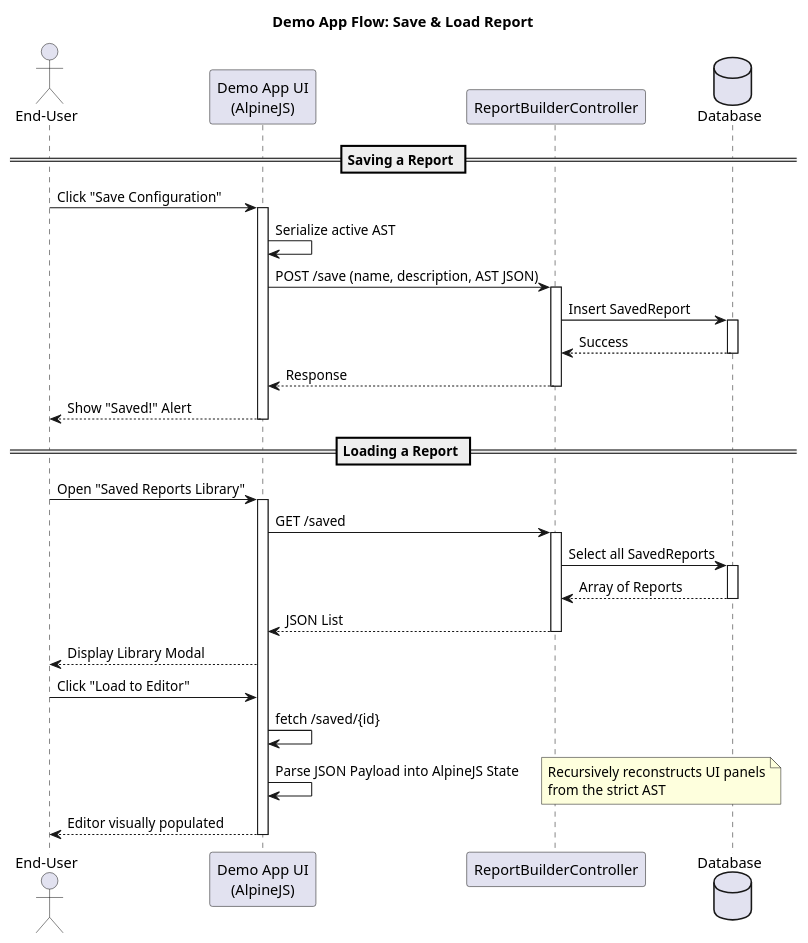
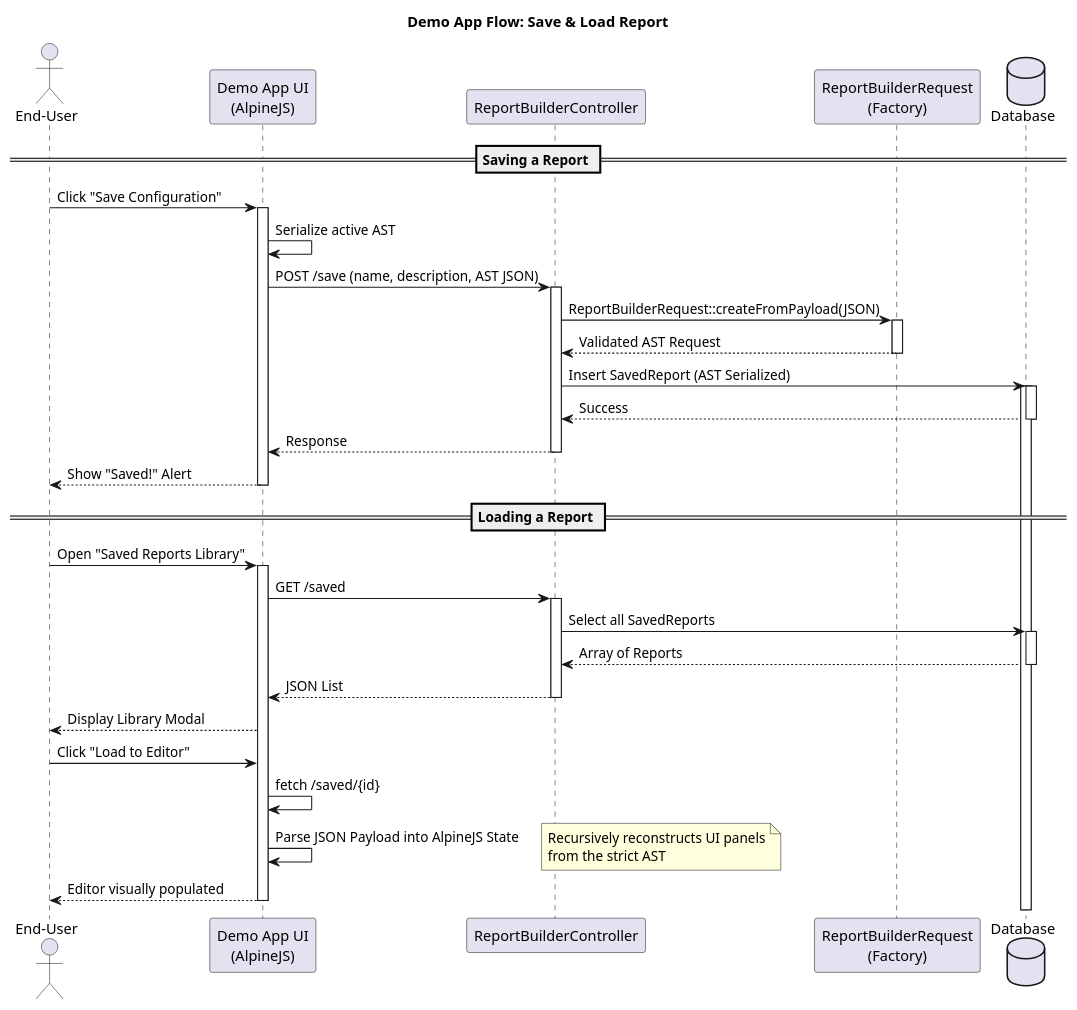
Before and after one commit to nisalatp/iStore: the diagram in demo-doc/diagrams/03_save_and_load_report_flow.puml, drawn with PlantUML. The commit also changed 29 other files, not shown here.

Commit message:
feat(docs): update architecture documentation, AST reference, and cross-framework examples

```diff
--- a/demo-doc/diagrams/03_save_and_load_report_flow.puml
+++ b/demo-doc/diagrams/03_save_and_load_report_flow.puml
@@ -1,44 +1,52 @@
 @startuml Save and Load Report Flow
 title Demo App Flow: Save & Load Report
 
 actor "End-User" as User
 participant "Demo App UI\n(AlpineJS)" as UI
 participant "ReportBuilderController" as Controller
+participant "ReportBuilderRequest\n(Factory)" as Factory
 database "Database" as DB
 
 == Saving a Report ==
 User -> UI : Click "Save Configuration"
 activate UI
 UI -> UI : Serialize active AST
 UI -> Controller : POST /save (name, description, AST JSON)
 activate Controller
-Controller -> DB : Insert SavedReport
+
+Controller -> Factory : ReportBuilderRequest::createFromPayload(JSON)
+activate Factory
+Factory --> Controller : Validated AST Request
+deactivate Factory
+
+Controller -> DB : Insert SavedReport (AST Serialized)
+activate DB
 activate DB
 DB --> Controller : Success
 deactivate DB
 Controller --> UI : Response
 deactivate Controller
 UI --> User : Show "Saved!" Alert
 deactivate UI
 
 == Loading a Report ==
 User -> UI : Open "Saved Reports Library"
 activate UI
 UI -> Controller : GET /saved
 activate Controller
 Controller -> DB : Select all SavedReports
 activate DB
 DB --> Controller : Array of Reports
 deactivate DB
 Controller --> UI : JSON List
 deactivate Controller
 UI --> User : Display Library Modal
 
 User -> UI : Click "Load to Editor"
 UI -> UI : fetch /saved/{id}
 UI -> UI : Parse JSON Payload into AlpineJS State
 note right: Recursively reconstructs UI panels\nfrom the strict AST
 UI --> User : Editor visually populated
 deactivate UI
 
 @enduml
```
